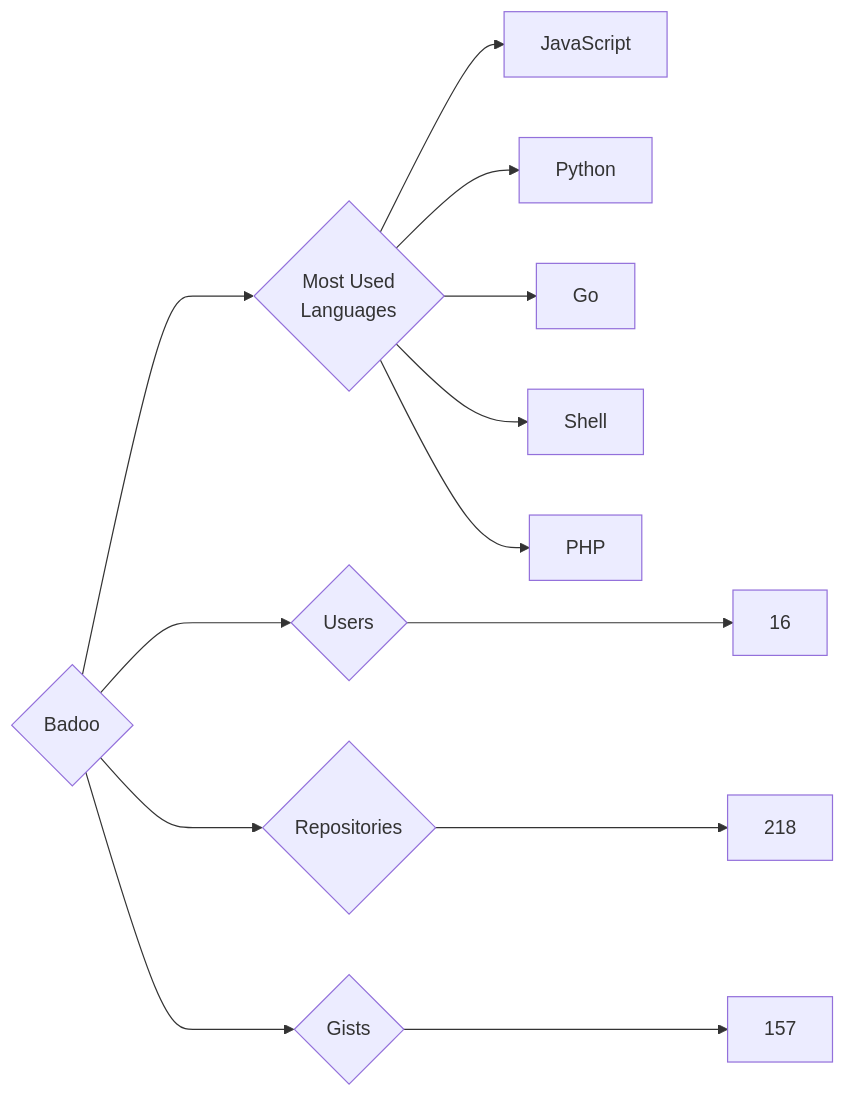
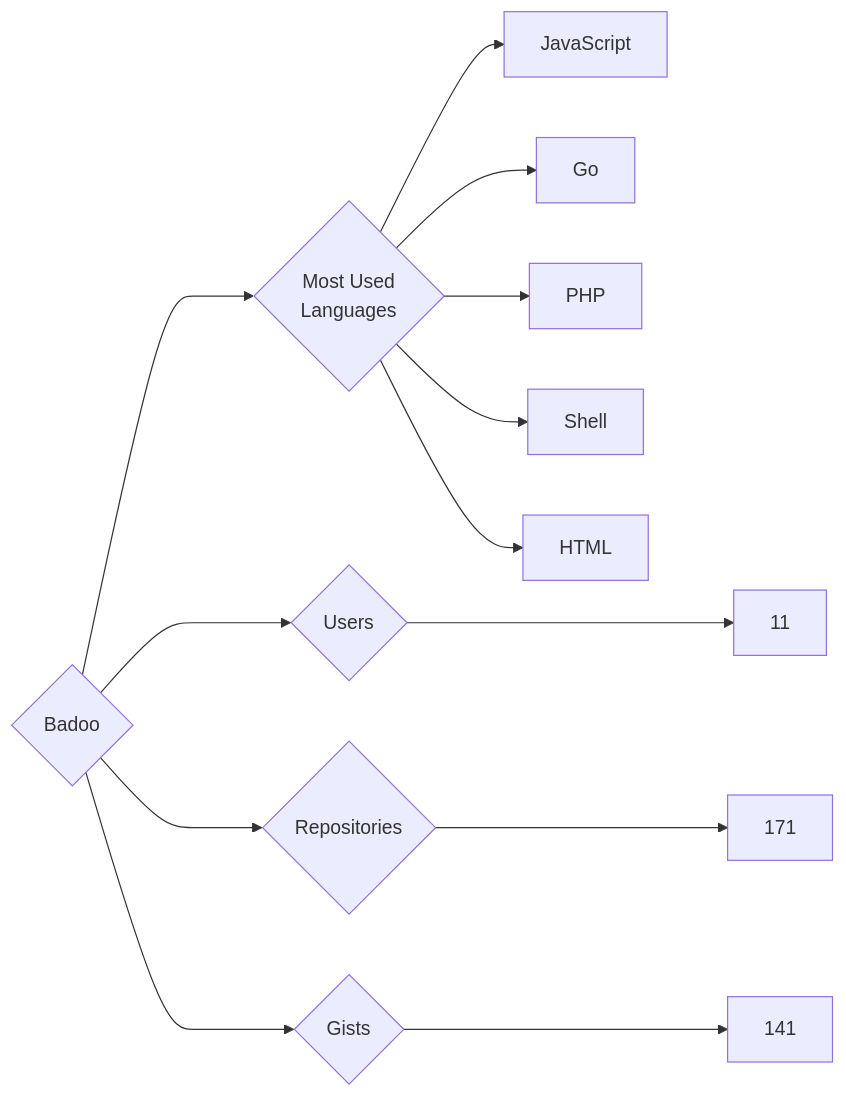
The diagram in targets/Badoo/README.md (trickest/insiders), drawn with Mermaid before and after one commit. The commit also changed 934 other files, not shown here.

````diff
--- a/targets/Badoo/README.md
+++ b/targets/Badoo/README.md
@@ -3,13 +3,13 @@
 ```mermaid
 graph LR
 COMPANY_NAME{Badoo}
-COMPANY_NAME ---> U{Users} ---> UN[16]
-COMPANY_NAME ---> R{Repositories} ---> RN[218]
-COMPANY_NAME ---> G{Gists} ---> GN[157]
+COMPANY_NAME ---> U{Users} ---> UN[11]
+COMPANY_NAME ---> R{Repositories} ---> RN[171]
+COMPANY_NAME ---> G{Gists} ---> GN[141]
 COMPANY_NAME ---> ML{Most Used<br>Languages}
 ML --> JavaScript[JavaScript]
-ML --> Python[Python]
 ML --> Go[Go]
+ML --> PHP[PHP]
 ML --> Shell[Shell]
-ML --> PHP[PHP]
+ML --> HTML[HTML]
 ```
````
